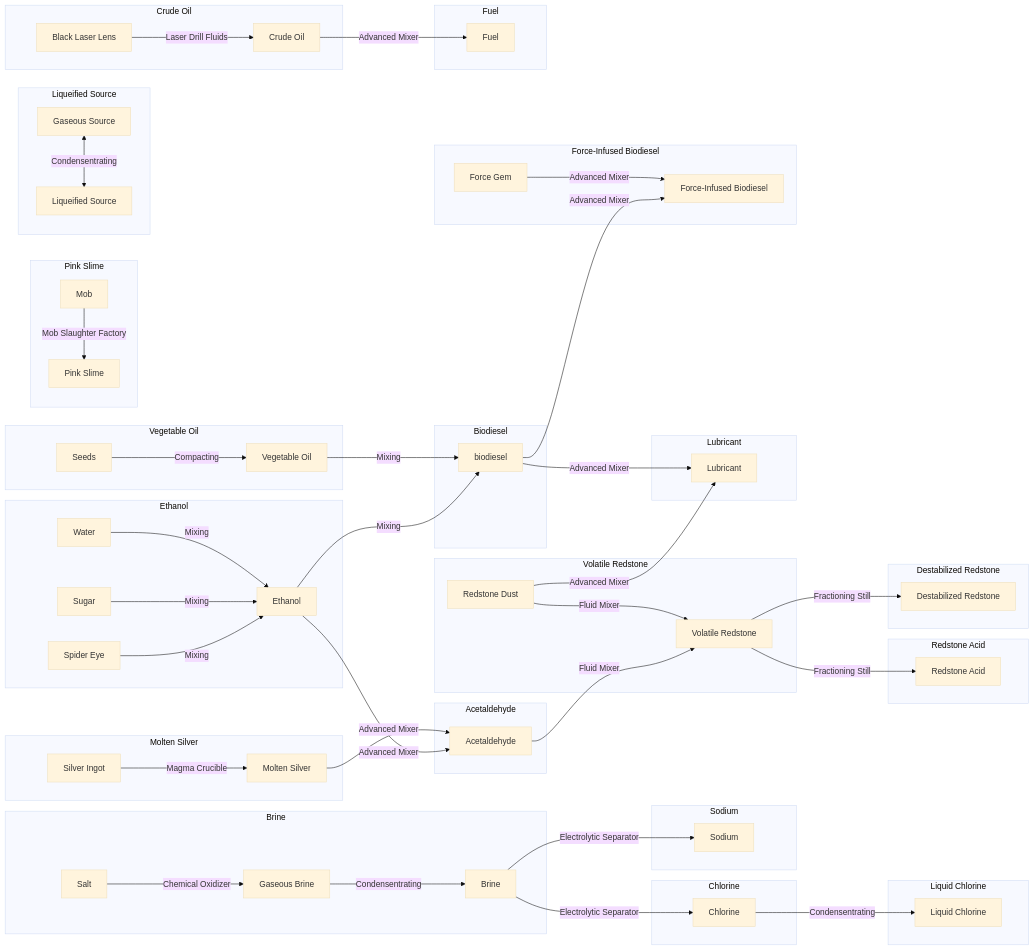
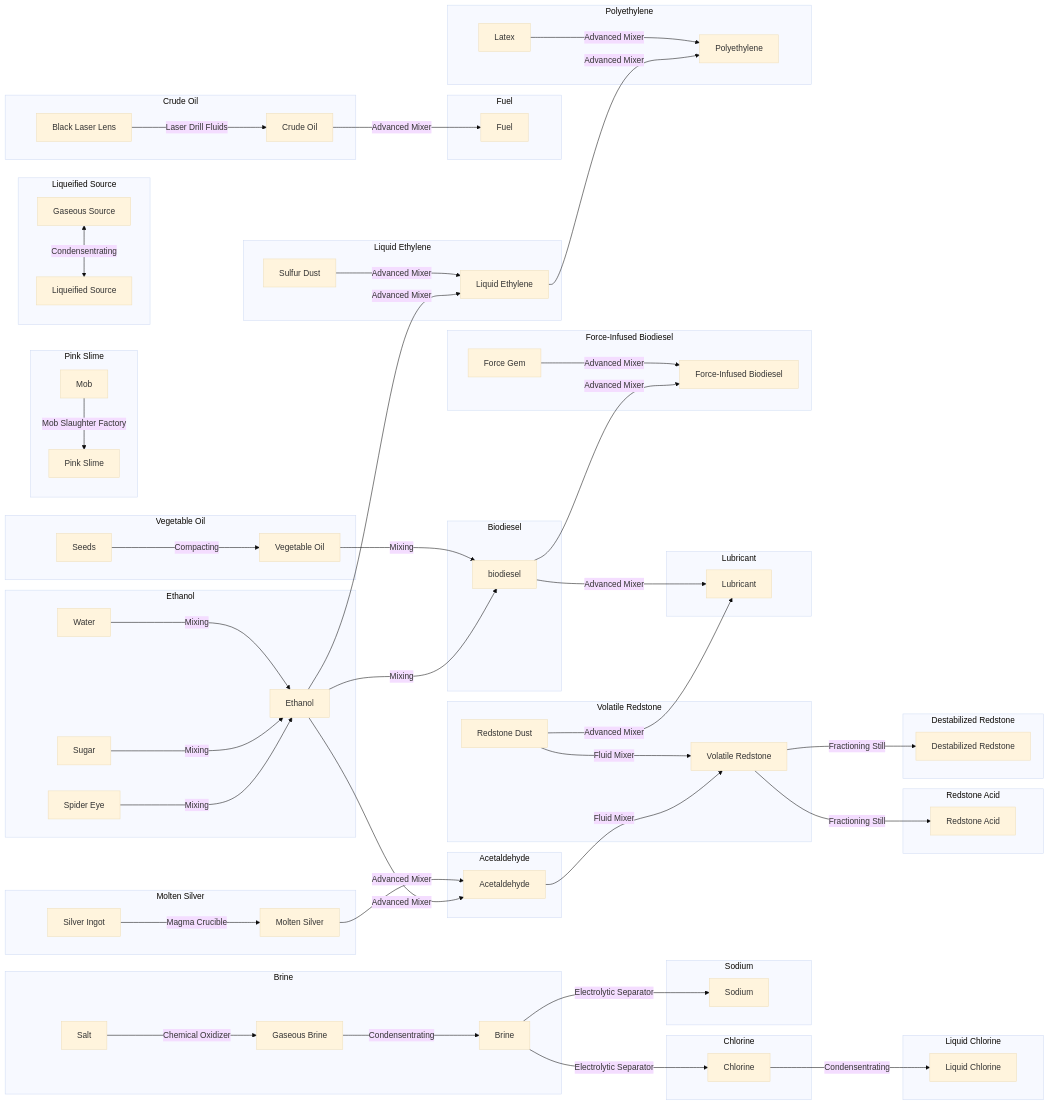
One commit to res0nat0r/minecraft changed the diagram in docs/FTB-Skies-Expert/fluids-and-liquids.md. Above: the diagram before and after it, drawn with Mermaid (base theme).

Commit message:
add polyethylene

````diff
--- a/docs/FTB-Skies-Expert/fluids-and-liquids.md
+++ b/docs/FTB-Skies-Expert/fluids-and-liquids.md
@@ -90,4 +90,15 @@
 subgraph Fuel
 crude_oil -->|Advanced Mixer| fuel[Fuel]
 end
+
+subgraph Liquid Ethylene
+ethanol -->|Advanced Mixer| liquid_ethylene[Liquid Ethylene]
+sulfur_dust[Sulfur Dust] -->|Advanced Mixer| liquid_ethylene
+end
+
+subgraph Polyethylene
+liquid_ethylene -->|Advanced Mixer| polyethylene[Polyethylene]
+latex[Latex] -->|Advanced Mixer| polyethylene
+end
+
 ```
````
